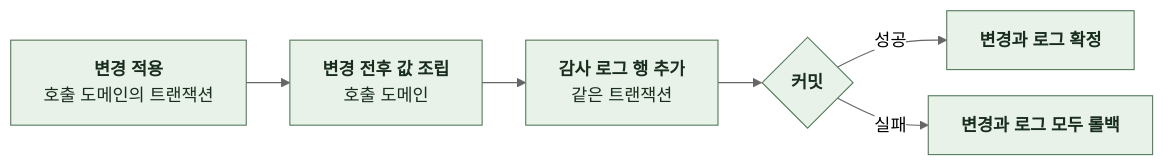
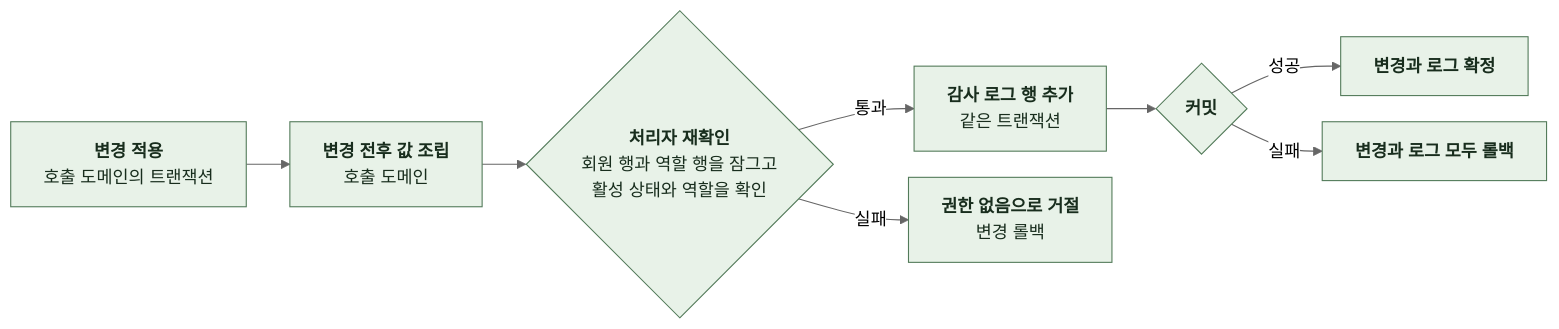
The third of 22 diagrams in docs/domain/ADMIN/BACKEND/4-1-PIPELINES.md (KIM-N-KANG/knk-harness), drawn with Mermaid (neutral theme) before and after one commit. The commit also changed 7 other files, not shown here.

Commit message:
[KNK-2088] Docs: 관리자 변경의 처리자 재확인 잠금과 관리자 조정의 대상 회원 행 잠금을 반영 (#526)

````diff
--- a/docs/domain/ADMIN/BACKEND/4-1-PIPELINES.md
+++ b/docs/domain/ADMIN/BACKEND/4-1-PIPELINES.md
@@ -80,14 +80,19 @@
 ```mermaid
 %%{init: {"flowchart": {"curve": "basis", "nodeSpacing": 24, "rankSpacing": 40}}}%%
 flowchart LR
     A["`**변경 적용**
 호출 도메인의 트랜잭션`"] --> B["`**변경 전후 값 조립**
 호출 도메인`"]
-    B --> C["`**감사 로그 행 추가**
+    B --> P{"`**처리자 재확인**
+회원 행과 역할 행을 잠그고
+활성 상태와 역할을 확인`"}
+    P -->|통과| C["`**감사 로그 행 추가**
 같은 트랜잭션`"]
+    P -->|실패| R["`**권한 없음으로 거절**
+변경 롤백`"]
     C --> D{"`**커밋**`"}
     D -->|성공| E["`**변경과 로그 확정**`"]
     D -->|실패| F["`**변경과 로그 모두 롤백**`"]
     classDef comp fill:#E8F2E8,stroke:#527A59,color:#182D1D
-    class A,B,C,D,E,F comp
+    class A,B,C,D,E,F,P,R comp
 ```
````
